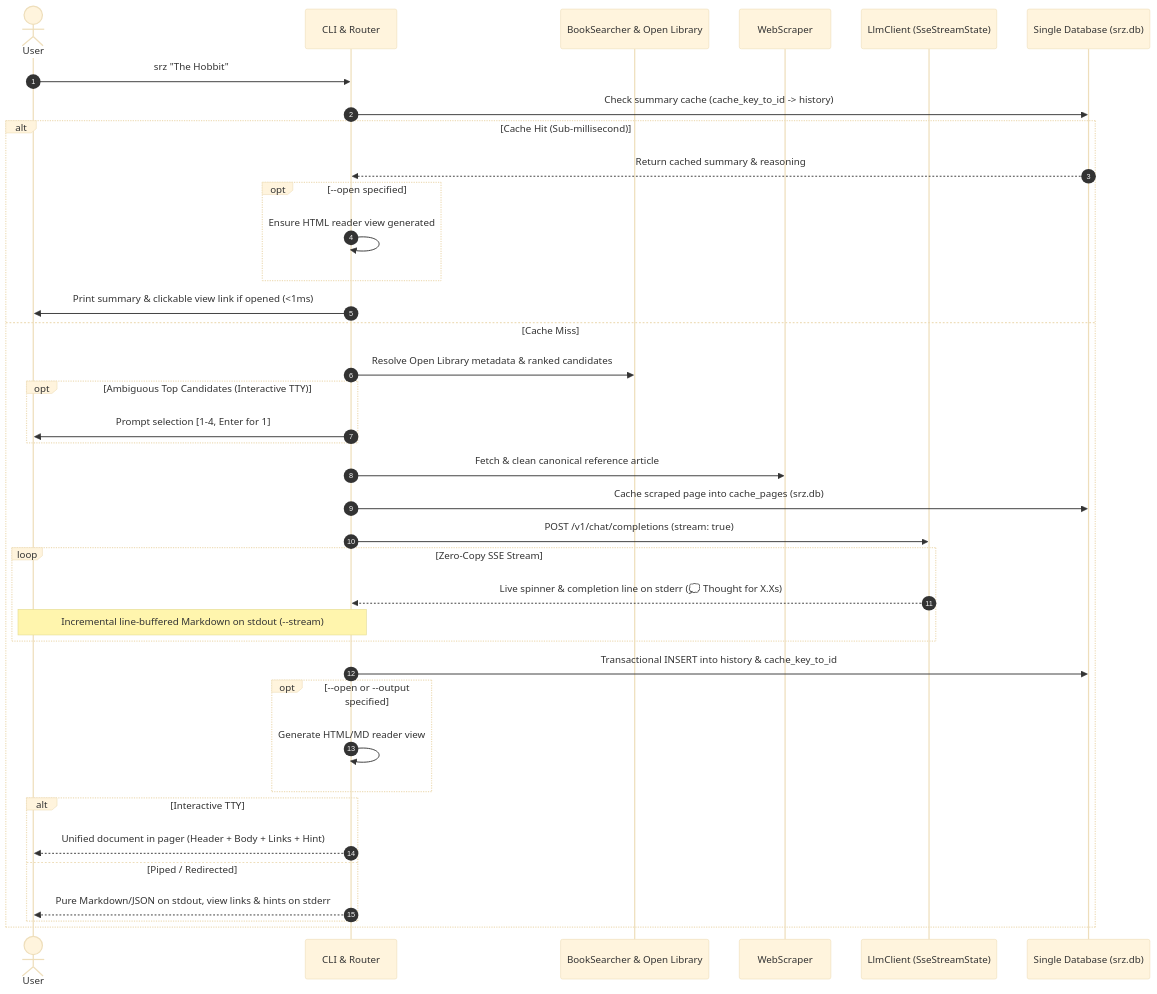
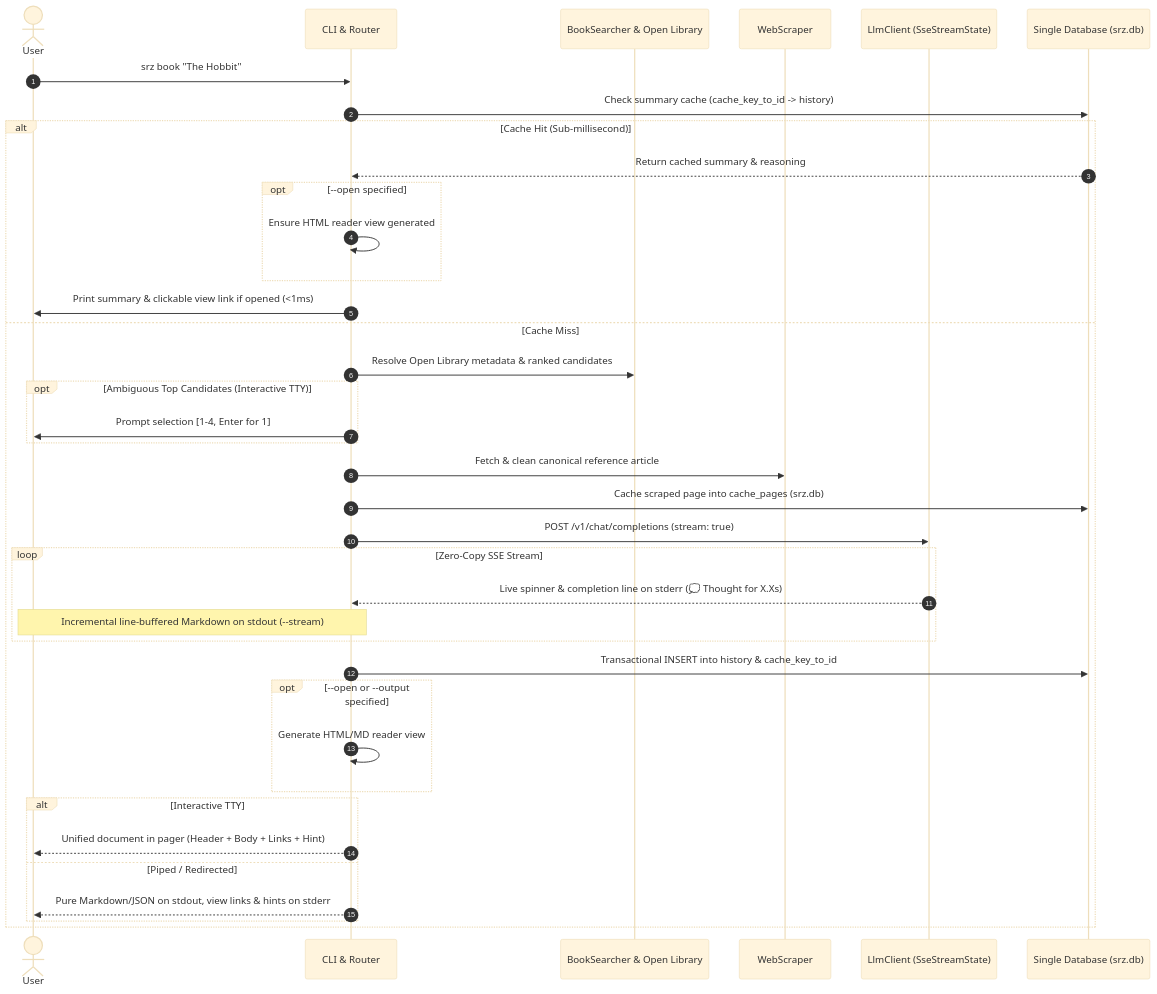
One commit to NewGuy012/srz changed the second of 4 diagrams in docs/src/architecture.md. Above: the diagram before and after it, drawn with Mermaid (base theme). The commit also changed other lines of this file and 6 other files, not shown here.

````diff
--- a/docs/src/architecture.md
+++ b/docs/src/architecture.md
@@ -131,41 +131,41 @@
 ```mermaid
 sequenceDiagram
     autonumber
     actor User
     participant CLI as CLI & Router
     participant Search as BookSearcher & Open Library
     participant Scraper as WebScraper
     participant LLM as LlmClient (SseStreamState)
     participant DB as Single Database (srz.db)
 
-    User->>CLI: srz "The Hobbit"
+    User->>CLI: srz book "The Hobbit"
     CLI->>DB: Check summary cache (cache_key_to_id -> history)
     alt Cache Hit (Sub-millisecond)
         DB-->>CLI: Return cached summary & reasoning
         opt --open specified
             CLI->>CLI: Ensure HTML reader view generated
         end
         CLI->>User: Print summary & clickable view link if opened (<1ms)
     else Cache Miss
         CLI->>Search: Resolve Open Library metadata & ranked candidates
         opt Ambiguous Top Candidates (Interactive TTY)
             CLI->>User: Prompt selection [1-4, Enter for 1]
         end
         CLI->>Scraper: Fetch & clean canonical reference article
         CLI->>DB: Cache scraped page into cache_pages (srz.db)
         CLI->>LLM: POST /v1/chat/completions (stream: true)
         loop Zero-Copy SSE Stream
             LLM-->>CLI: Live spinner & completion line on stderr (💭 Thought for X.Xs)
             Note over CLI,User: Incremental line-buffered Markdown on stdout (--stream)
         end
         CLI->>DB: Transactional INSERT into history & cache_key_to_id
         opt --open or --output specified
             CLI->>CLI: Generate HTML/MD reader view
         end
         alt Interactive TTY
             CLI-->>User: Unified document in pager (Header + Body + Links + Hint)
         else Piped / Redirected
             CLI-->>User: Pure Markdown/JSON on stdout, view links & hints on stderr
         end
     end
 ```
````
